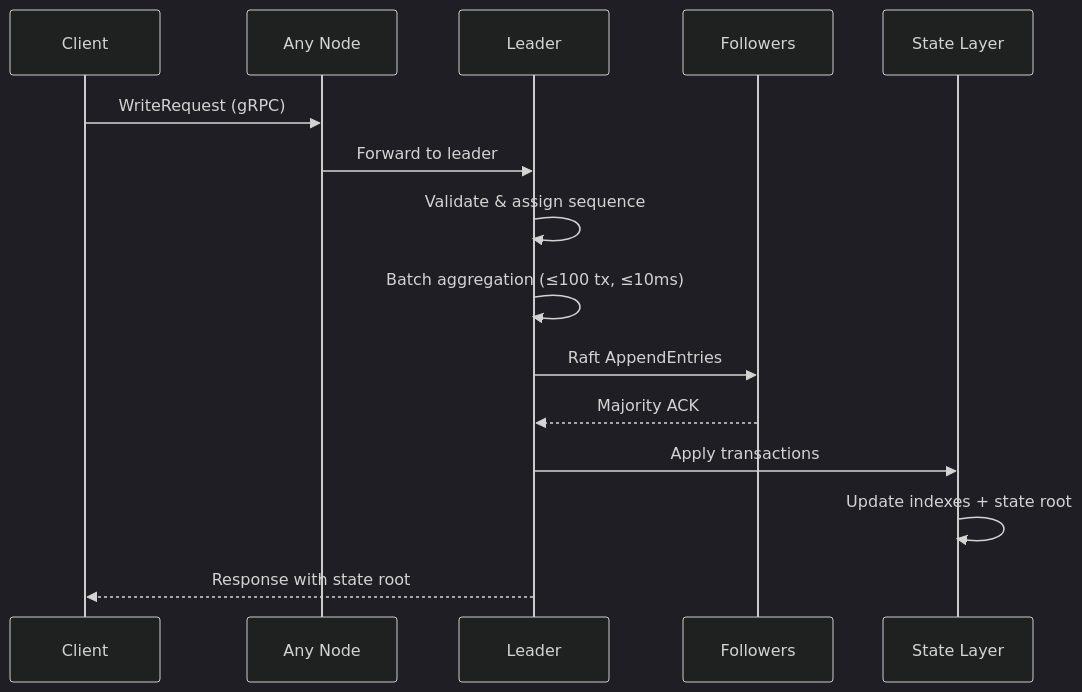
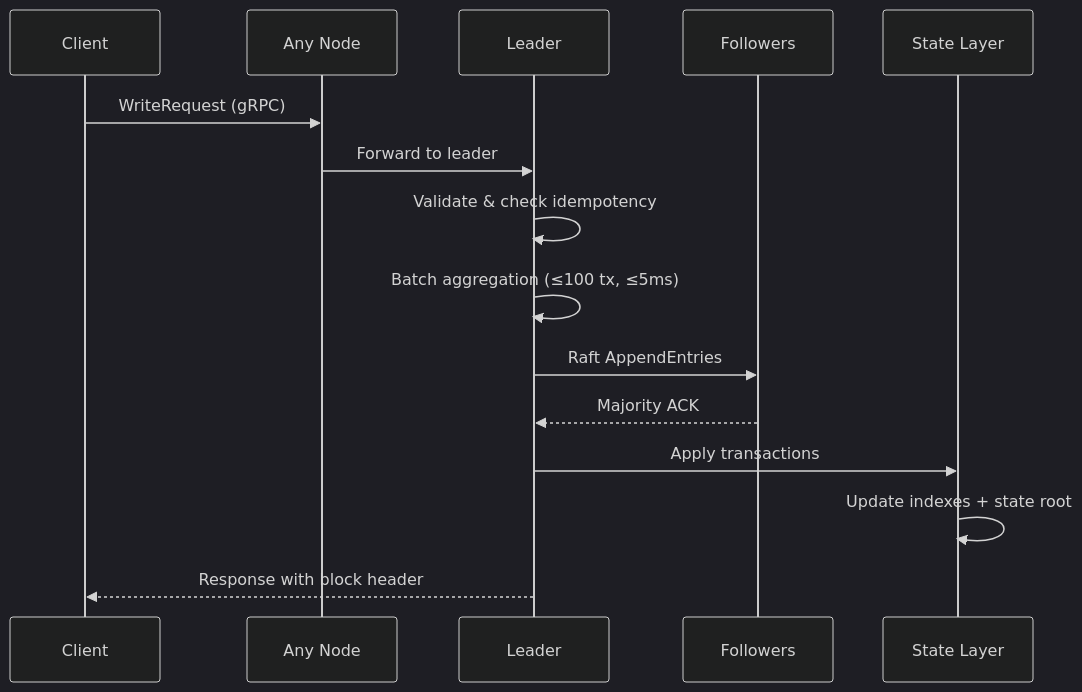
The first of 3 diagrams in WHITEPAPER.md (inferadb/ledger), drawn with Mermaid (dark theme) before and after one commit. The commit also changed other lines of this file and 39 other files, not shown here.

````diff
--- a/WHITEPAPER.md
+++ b/WHITEPAPER.md
@@ -140,18 +155,18 @@
 ```mermaid
 sequenceDiagram
     participant C as Client
     participant N as Any Node
     participant L as Leader
     participant F as Followers
     participant S as State Layer
 
     C->>N: WriteRequest (gRPC)
     N->>L: Forward to leader
-    L->>L: Validate & assign sequence
-    L->>L: Batch aggregation (≤100 tx, ≤10ms)
+    L->>L: Validate & check idempotency
+    L->>L: Batch aggregation (≤100 tx, ≤5ms)
     L->>F: Raft AppendEntries
     F-->>L: Majority ACK
     L->>S: Apply transactions
     S->>S: Update indexes + state root
-    L-->>C: Response with state root
+    L-->>C: Response with block header
 ```
````
